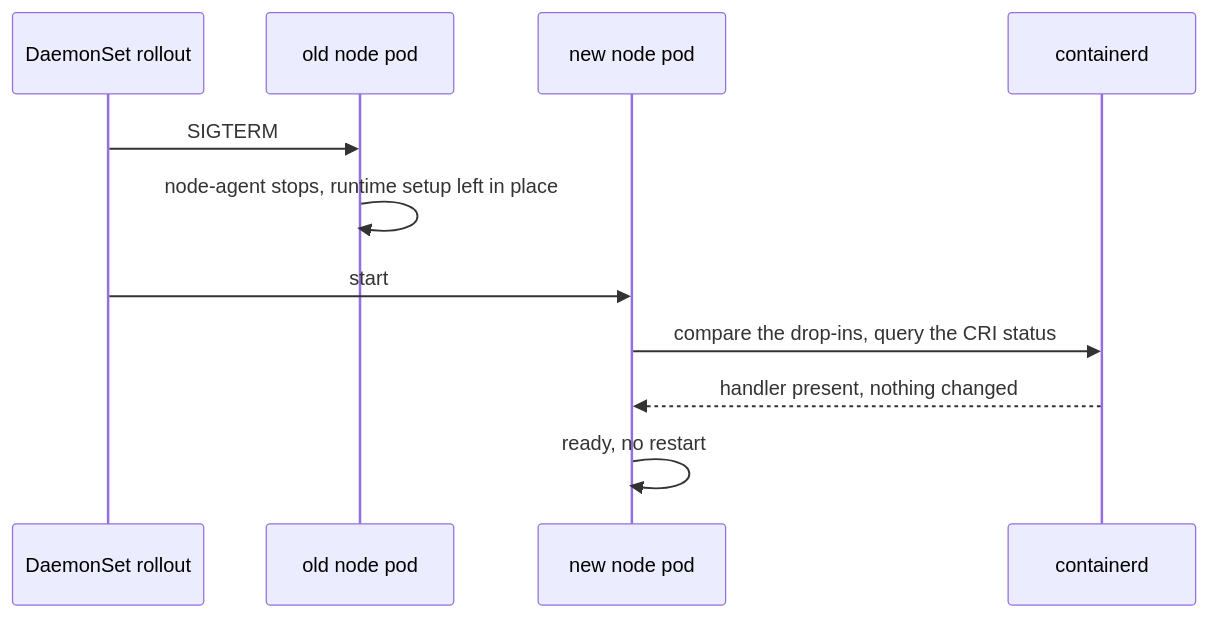
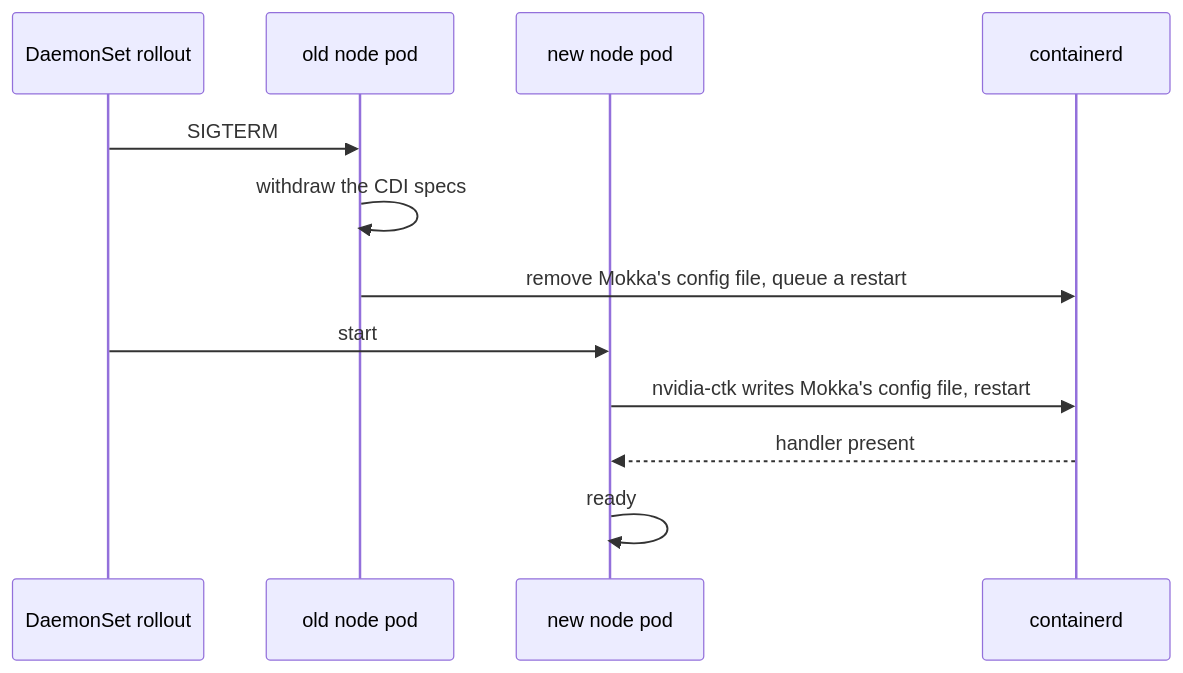
Before and after one commit to NVIDIA/k8s-test-infra: the seventh of 7 diagrams in enhancements/meps/0006-automatic-cdi-setup/README.md, drawn with Mermaid. The commit also changed other lines of this file and 89 other files, not shown here.

Commit message:
#881: Configure containerd right from Mokka CRI simulator

````diff
--- a/enhancements/meps/0006-automatic-cdi-setup/README.md
+++ b/enhancements/meps/0006-automatic-cdi-setup/README.md
@@ -685,13 +727,14 @@
 ```mermaid
 sequenceDiagram
   participant ds as DaemonSet rollout
   participant old as old node pod
   participant new as new node pod
   participant ctrd as containerd
   ds->>old: SIGTERM
-  old->>old: node-agent stops, runtime setup left in place
+  old->>old: withdraw the CDI specs
+  old->>ctrd: remove Mokka's config file, queue a restart
   ds->>new: start
-  new->>ctrd: compare the drop-ins, query the CRI status
-  ctrd-->>new: handler present, nothing changed
-  new->>new: ready, no restart
+  new->>ctrd: nvidia-ctk writes Mokka's config file, restart
+  ctrd-->>new: handler present
+  new->>new: ready
 ```
````
